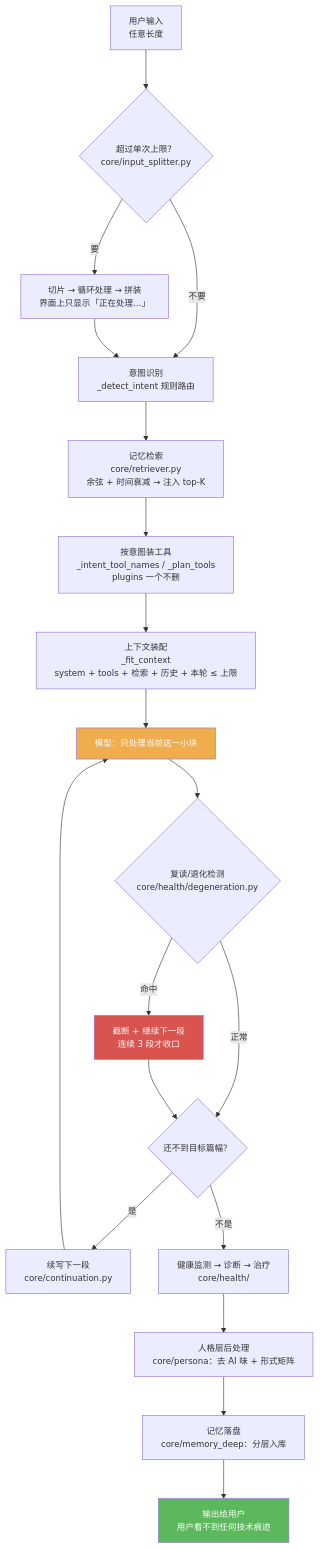
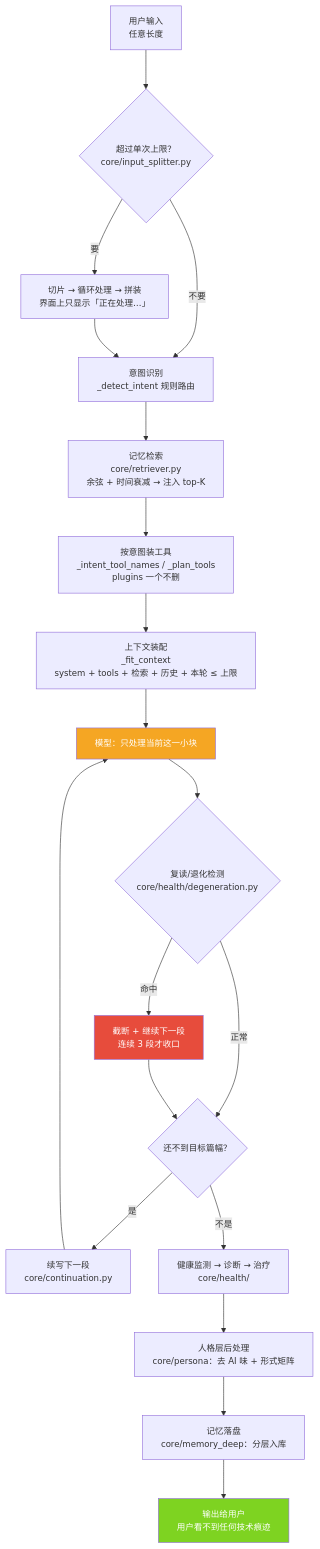
One commit to jiangchuangege/xiaojiao-harnees changed the ninth of 20 diagrams in docs/architecture-diagrams.md. Above: the diagram before and after it, drawn with Mermaid. The commit also changed other lines of this file and 32 other files, not shown here.

Commit message:
统一：全仓原理图配色到一套调色板 + 给 12 张灰图补色 + 修正自己会睡那张过期图

````diff
--- a/docs/architecture-diagrams.md
+++ b/docs/architecture-diagrams.md
@@ -337,28 +337,28 @@
 ```mermaid
 %%{init: {"themeVariables": {"fontSize": "14px"}, "flowchart": {"htmlLabels": true, "wrappingWidth": 320, "nodeSpacing": 46, "rankSpacing": 64, "useMaxWidth": true}}}%%
 flowchart TB
     U["用户输入<br/>任意长度"] --> SPLIT{"超过单次上限？<br/>core/input_splitter.py"}
     SPLIT -->|"要"| CHUNKS["切片 → 循环处理 → 拼装<br/>界面上只显示「正在处理…」"]
     SPLIT -->|"不要"| INTENT
 
     CHUNKS --> INTENT["意图识别<br/>_detect_intent 规则路由"]
     INTENT --> MEMR["记忆检索<br/>core/retriever.py<br/>余弦 + 时间衰减 → 注入 top-K"]
     MEMR --> TOOLS["按意图装工具<br/>_intent_tool_names / _plan_tools<br/>plugins 一个不删"]
     TOOLS --> FIT["上下文装配<br/>_fit_context<br/>system + tools + 检索 + 历史 + 本轮 ≤ 上限"]
     FIT --> MODEL["模型：只处理当前这一小块"]
 
     MODEL --> DET{"复读/退化检测<br/>core/health/degeneration.py"}
     DET -->|"命中"| CUT["截断 + 继续下一段<br/>连续 3 段才收口"]
     DET -->|"正常"| NEED{"还不到目标篇幅？"}
     CUT --> NEED
     NEED -->|"是"| CONT["续写下一段<br/>core/continuation.py"]
     CONT --> MODEL
     NEED -->|"不是"| HEALTH["健康监测 → 诊断 → 治疗<br/>core/health/"]
     HEALTH --> PERS["人格层后处理<br/>core/persona：去 AI 味 + 形式矩阵"]
     PERS --> SAVE["记忆落盘<br/>core/memory_deep：分层入库"]
     SAVE --> OUT["输出给用户<br/>用户看不到任何技术痕迹"]
 
-    style MODEL fill:#f0ad4e,color:#fff
-    style OUT fill:#5cb85c,color:#fff
-    style CUT fill:#d9534f,color:#fff
+    style MODEL fill:#F5A623,color:#fff
+    style OUT fill:#7ED321,color:#fff
+    style CUT fill:#E74C3C,color:#fff
 ```
````
